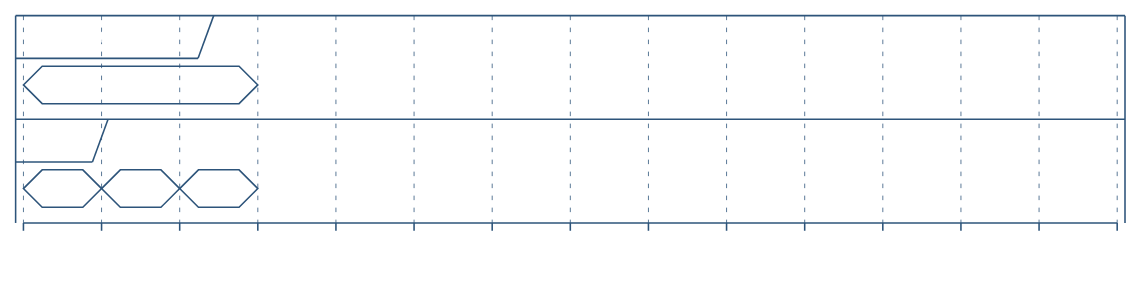
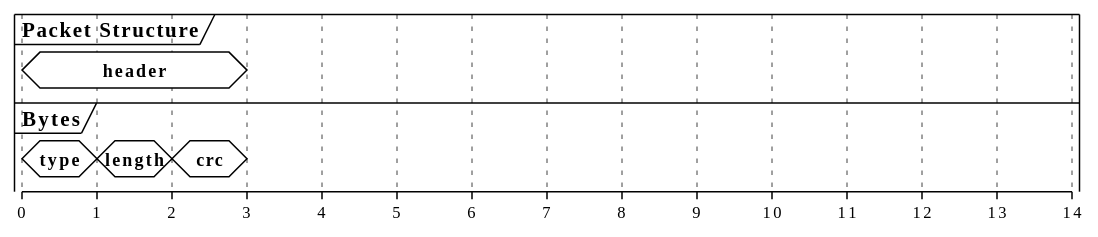
The sixth of 7 diagrams in docs/developer_documentation/9_trigger.md (padok/jarvis-docs), drawn with PlantUML before and after one commit. The commit also changed other lines of this file and 3 other files, not shown here.

Commit message:
plantuml poor mans dark mode

````diff
--- a/docs/developer_documentation/9_trigger.md
+++ b/docs/developer_documentation/9_trigger.md
@@ -190,22 +201,24 @@
 ```plantuml
 @startuml
-!theme sandstone
+!theme plain
+skinparam backgroundColor transparent
+
 scale 1 as 50 pixels
 concise "Packet Structure" as A
 concise "Bytes" as B
 
 @0
 A is header
 B is type
 @1
 B is length
 @2
 B is crc
 @3
 A is {hidden}
 B is {hidden}
 @13
 A is {hidden}
 B is {hidden}
 @enduml
 ```
````
